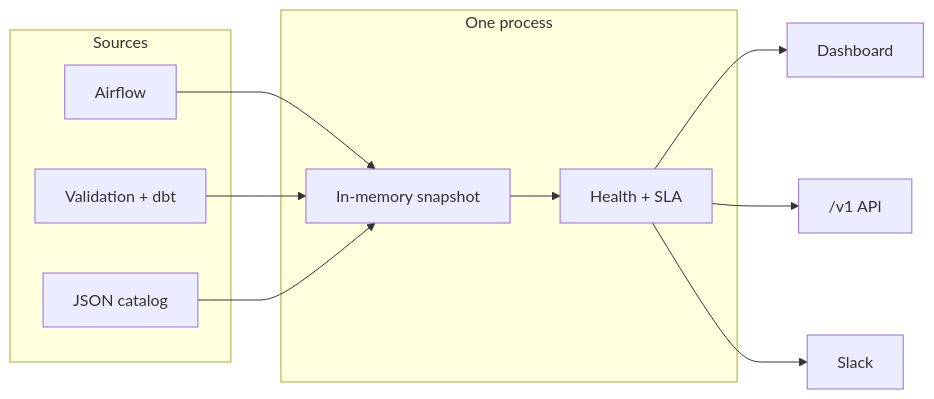
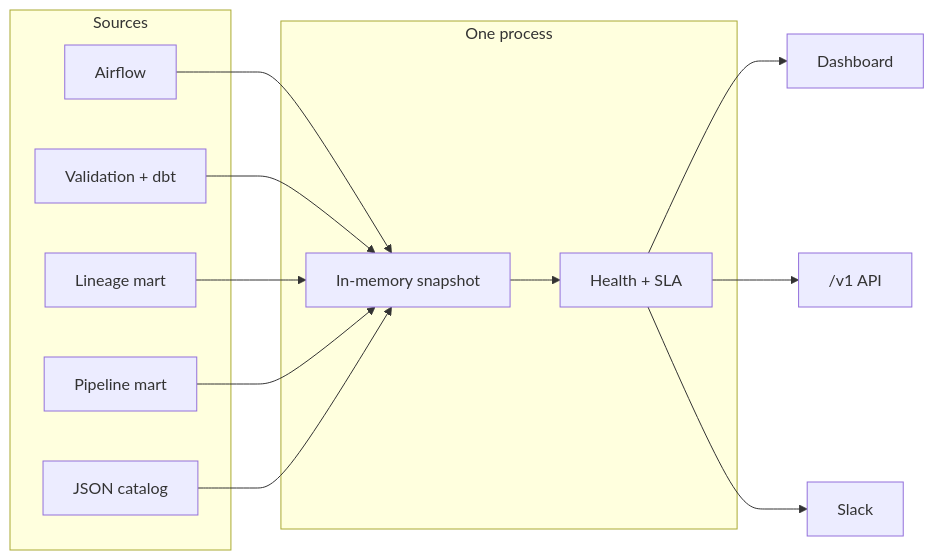
Before and after one commit to redhat-data-and-ai/inorbit: the diagram in README.md, drawn with Mermaid. The commit also changed other lines of this file, not shown here.

````diff
--- a/README.md
+++ b/README.md
@@ -7,19 +7,23 @@
 ```mermaid
 flowchart LR
   subgraph sources [Sources]
     AF[Airflow]
     Q[Validation + dbt]
+    L[Lineage mart]
+    P[Pipeline mart]
     C[JSON catalog]
   end
   subgraph inorbit [One process]
     S[In-memory snapshot]
     E[Health + SLA]
   end
   AF --> S
   Q --> S
+  L --> S
+  P --> S
   C --> S
   S --> E
   E --> UI[Dashboard]
   E --> API["/v1 API"]
   E --> SL[Slack]
 ```
````
